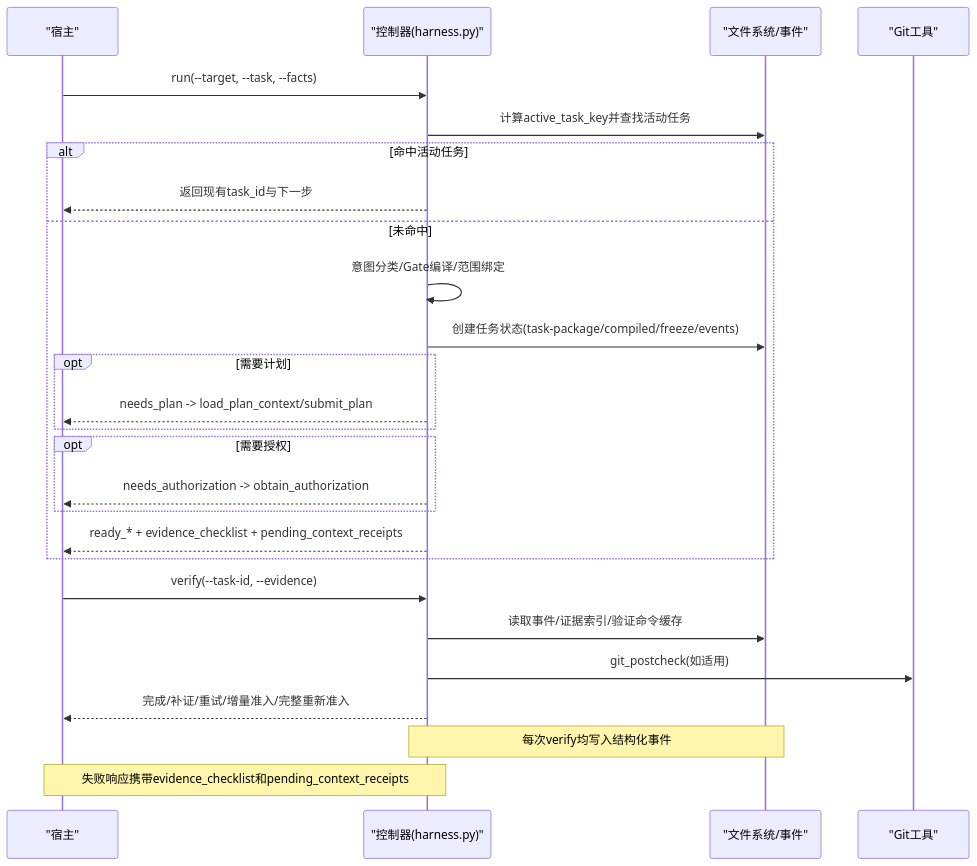
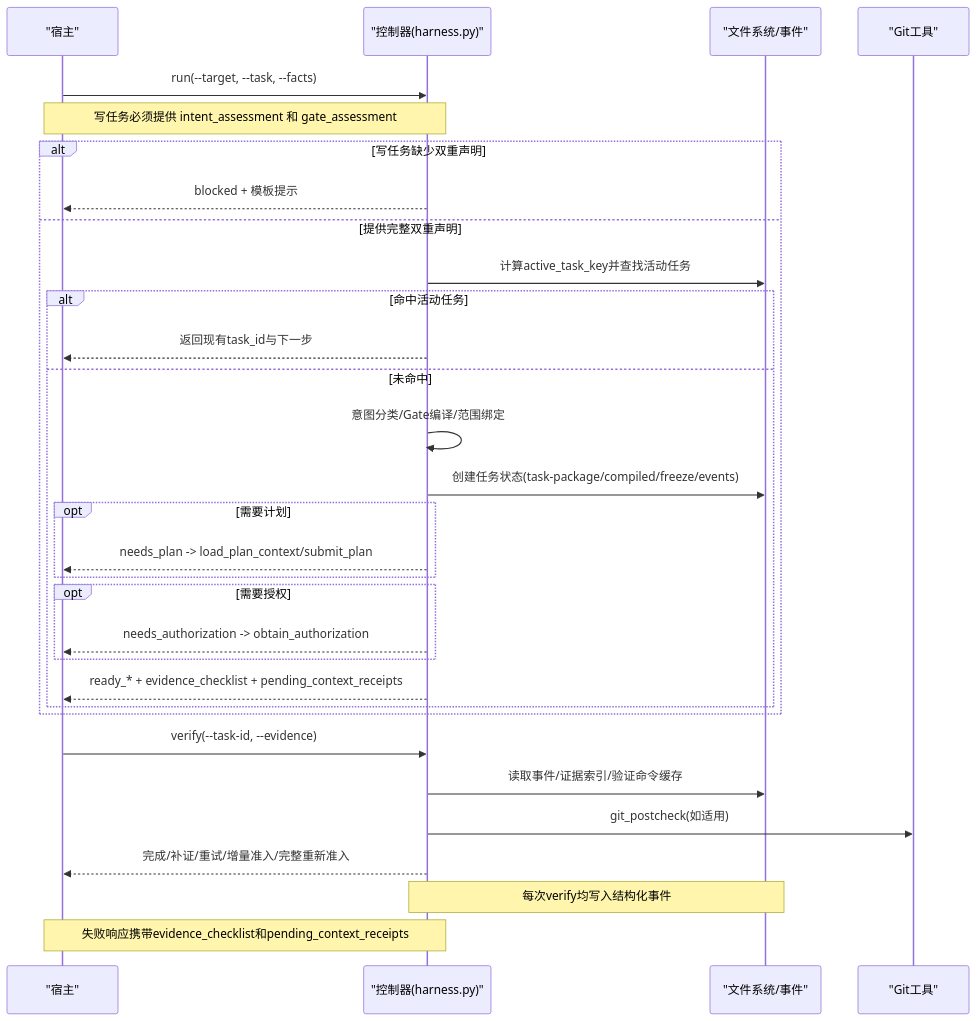
Before and after one commit to HackSing/docs-harness: the second of 4 diagrams in .qoder/repowiki/zh/content/任务管理/任务生命周期管理.md, drawn with Mermaid. The commit also changed other lines of this file and 27 other files, not shown here.

````diff
--- a/.qoder/repowiki/zh/content/任务管理/任务生命周期管理.md
+++ b/.qoder/repowiki/zh/content/任务管理/任务生命周期管理.md
@@ -93,28 +103,33 @@
 ```mermaid
 sequenceDiagram
 participant Host as "宿主"
 participant Controller as "控制器(harness.py)"
 participant FS as "文件系统/事件"
 participant Git as "Git工具"
 Host->>Controller : run(--target, --task, --facts)
+Note over Host,Controller : 写任务必须提供 intent_assessment 和 gate_assessment
+alt 写任务缺少双重声明
+Controller-->>Host : blocked + 模板提示
+else 提供完整双重声明
 Controller->>FS : 计算active_task_key并查找活动任务
 alt 命中活动任务
 Controller-->>Host : 返回现有task_id与下一步
 else 未命中
 Controller->>Controller : 意图分类/Gate编译/范围绑定
 Controller->>FS : 创建任务状态(task-package/compiled/freeze/events)
 opt 需要计划
 Controller-->>Host : needs_plan -> load_plan_context/submit_plan
 end
 opt 需要授权
 Controller-->>Host : needs_authorization -> obtain_authorization
 end
 Controller-->>Host : ready_* + evidence_checklist + pending_context_receipts
 end
+end
 Host->>Controller : verify(--task-id, --evidence)
 Controller->>FS : 读取事件/证据索引/验证命令缓存
 Controller->>Git : git_postcheck(如适用)
 Controller-->>Host : 完成/补证/重试/增量准入/完整重新准入
 note over Controller,FS : 每次verify均写入结构化事件
 note over Controller,Host : 失败响应携带evidence_checklist和pending_context_receipts
 ```
````
